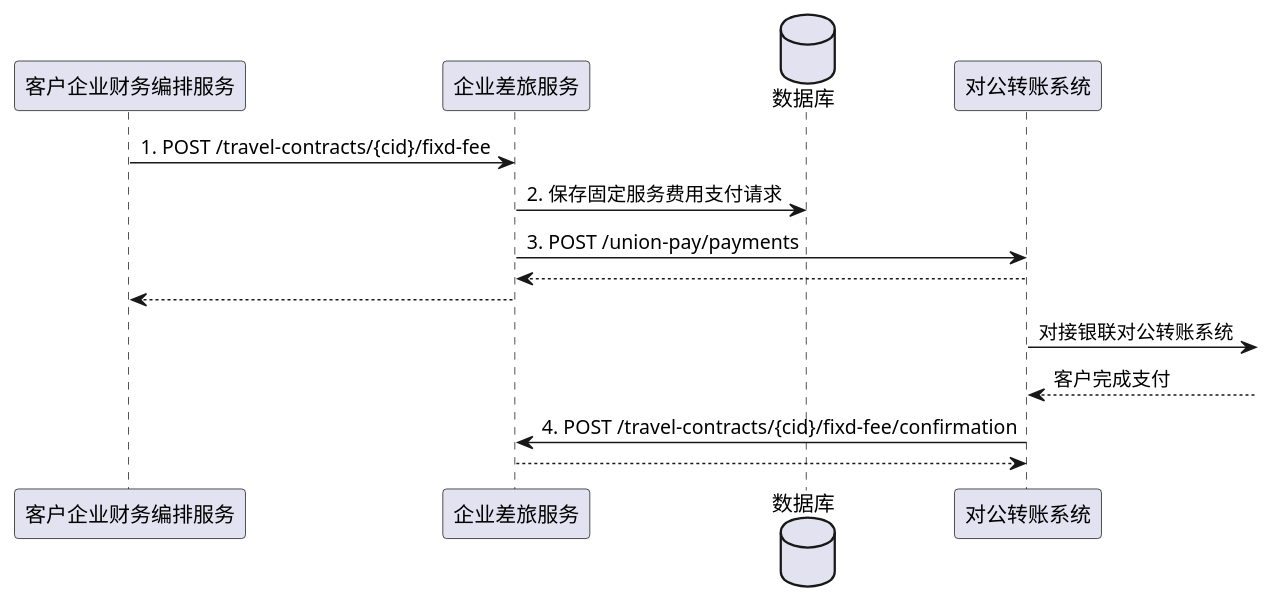
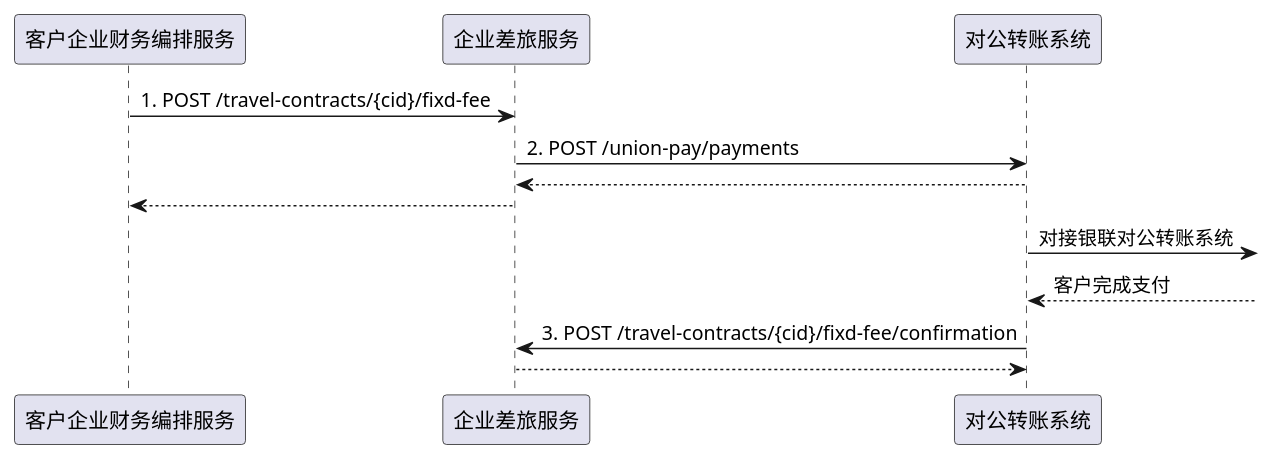
Before and after one commit to deesyx/heima: the diagram in images/CPbefore.wsd, drawn with PlantUML. The commit also changed 15 other files, not shown here.

```diff
--- a/images/CPbefore.wsd
+++ b/images/CPbefore.wsd
@@ -1,18 +1,16 @@
 @startuml
 
 participant 客户企业财务编排服务 as f
 participant 企业差旅服务 as t
-database 数据库 as db
 participant 对公转账系统 as u
 
 f -> t: 1. POST /travel-contracts/{cid}/fixd-fee
-t -> db: 2. 保存固定服务费用支付请求
-t -> u: 3. POST /union-pay/payments
+t -> u: 2. POST /union-pay/payments
 u --> t
 t --> f
 u -> : 对接银联对公转账系统
 u <-- : 客户完成支付
-u -> t: 4. POST /travel-contracts/{cid}/fixd-fee/confirmation
+u -> t: 3. POST /travel-contracts/{cid}/fixd-fee/confirmation
 t --> u
 
 @enduml
```
